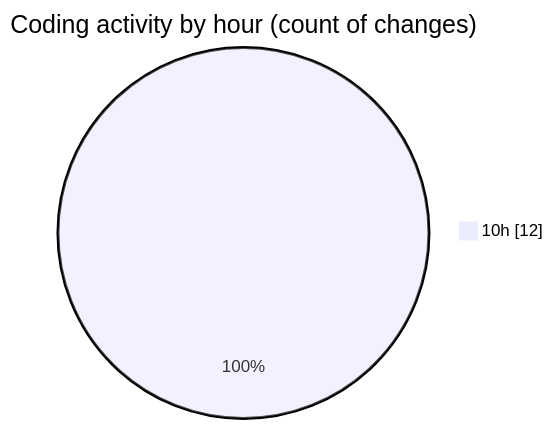
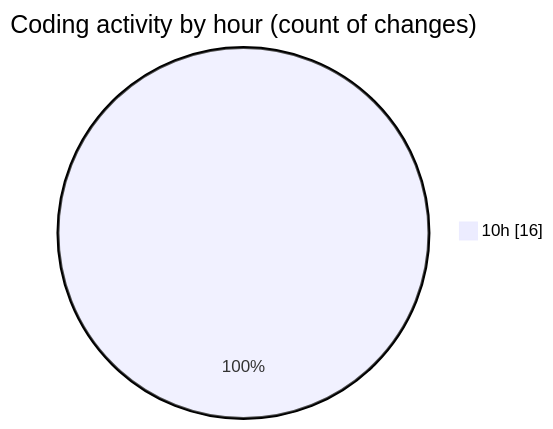
Before and after one commit to Elitesun/code-tracking: the second of 2 diagrams in 2025-02-11/react_ecom/README.md, drawn with Mermaid. The commit also changed other lines of this file and 1 other file, not shown here.

````diff
--- a/2025-02-11/react_ecom/README.md
+++ b/2025-02-11/react_ecom/README.md
@@ -32,5 +35,5 @@
 ```mermaid
 pie showData
 title Coding activity by hour (count of changes)
-"10h" : 12
+"10h" : 16
 ```
````
